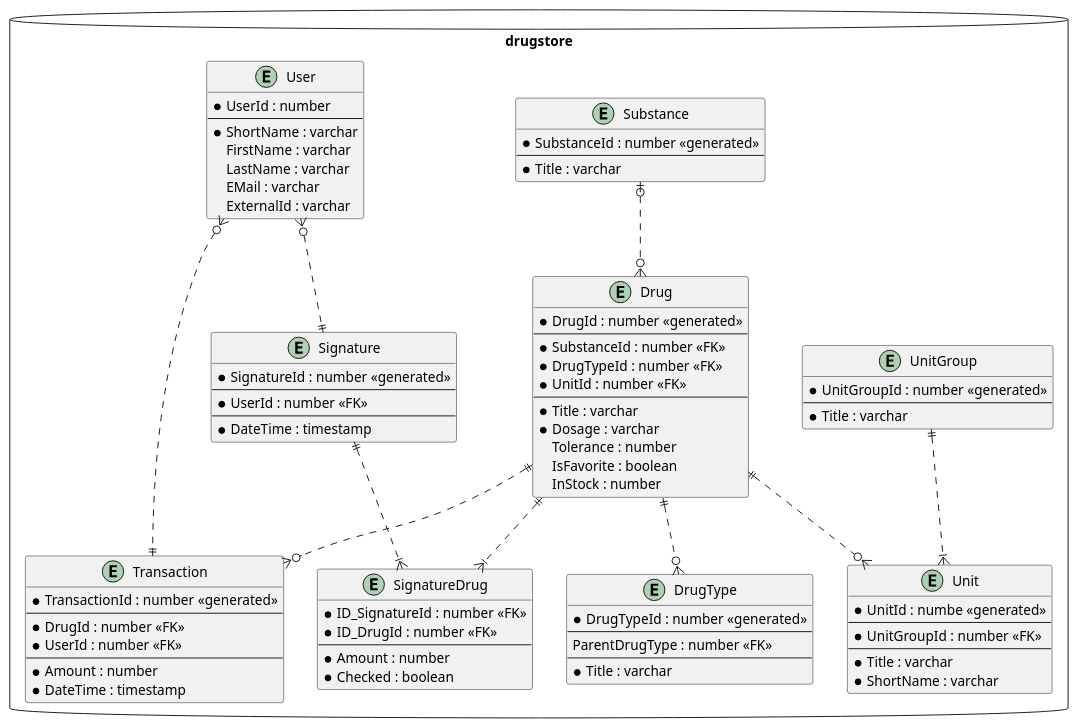
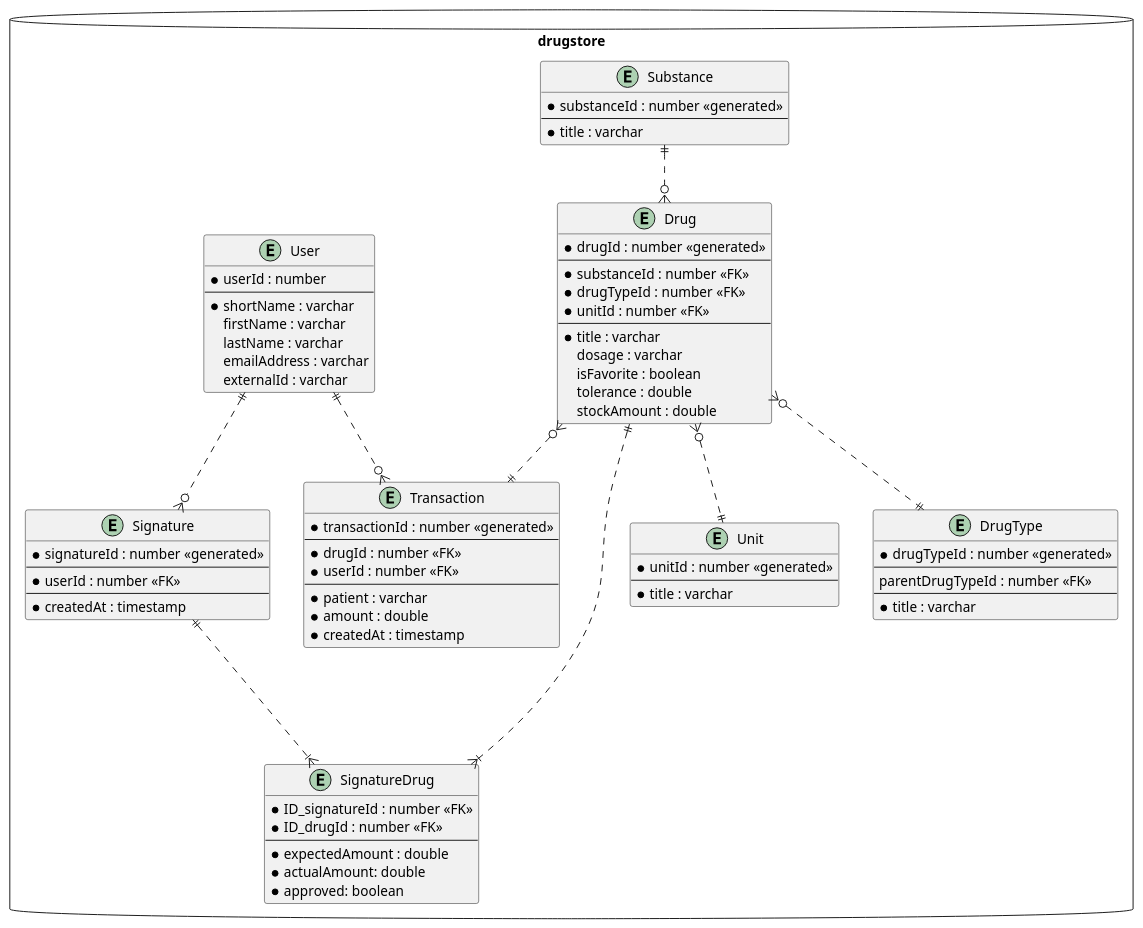
The diagram in docs/data-model/00_overview.plantuml (lucahost/drugstore), drawn with PlantUML before and after one commit. The commit also changed 11 other files, not shown here.

Commit message:
Rework Interface, UseCase and Data-Model Diagrams

```diff
--- a/docs/data-model/00_overview.plantuml
+++ b/docs/data-model/00_overview.plantuml
@@ -1,129 +1,116 @@
 @startuml data-model-overview
 
 database drugstore {
 
-  entity UnitGroup {
-    * UnitGroupId : number <<generated>>
+  entity Unit {
+    * unitId : number <<generated>>
     --
-    * Title : varchar
-  }
-
-  entity Unit {
-    * UnitId : numbe <<generated>>
-    --
-    * UnitGroupId : number <<FK>>
-    --
-    * Title : varchar
-    * ShortName : varchar
+    * title : varchar
   }
 
   entity DrugType {
-    * DrugTypeId : number <<generated>>
+    * drugTypeId : number <<generated>>
     --
-    ParentDrugType : number <<FK>>
+    parentDrugTypeId : number <<FK>>
     --
-    * Title : varchar
+    * title : varchar
   }
 
 
   entity Substance {
-    * SubstanceId : number <<generated>>
+    * substanceId : number <<generated>>
     --
-    * Title : varchar
+    * title : varchar
   }
 
   entity Drug {
-    * DrugId : number <<generated>>
+    * drugId : number <<generated>>
     --
-    * SubstanceId : number <<FK>>
-    * DrugTypeId : number <<FK>>
-    * UnitId : number <<FK>>
+    * substanceId : number <<FK>>
+    * drugTypeId : number <<FK>>
+    * unitId : number <<FK>>
     --
-    * Title : varchar
-    * Dosage : varchar
-    Tolerance : number
-    IsFavorite : boolean
-    InStock : number
+    * title : varchar
+    dosage : varchar
+    isFavorite : boolean
+    tolerance : double
+    stockAmount : double
   }
 
   entity Transaction {
-    * TransactionId : number <<generated>>
+    * transactionId : number <<generated>>
     --
-    * DrugId : number <<FK>>
-    * UserId : number <<FK>>
+    * drugId : number <<FK>>
+    * userId : number <<FK>>
     --
-    * Amount : number
-    * DateTime : timestamp
+    * patient : varchar
+    * amount : double
+    * createdAt : timestamp
   }
 
-  ' Stock-Control creates a new signature
   entity Signature {
-    * SignatureId : number <<generated>>
+    * signatureId : number <<generated>>
     --
-    * UserId : number <<FK>>
+    * userId : number <<FK>>
     --
-    * DateTime : timestamp
+    * createdAt : timestamp
   }
 
   ' Need a better name for this one
   ' Items at stock when signature is created
   entity SignatureDrug {
-    * ID_SignatureId : number <<FK>>
-    * ID_DrugId : number <<FK>>
+    * ID_signatureId : number <<FK>>
+    * ID_drugId : number <<FK>>
     --
-    * Amount : number
-    * Checked : boolean
+    * expectedAmount : double
+    * actualAmount: double
+    * approved: boolean
   }
 
   entity User {
-    * UserId : number
+    * userId : number
     --
-    * ShortName : varchar
-    FirstName : varchar
-    LastName : varchar
-    EMail : varchar
-    ExternalId : varchar
+    * shortName : varchar
+    firstName : varchar
+    lastName : varchar
+    emailAddress : varchar
+    externalId : varchar
   }
 
 }
 
-' One UnitGroup can have one or many Units
-UnitGroup ||..|{ Unit
 
-' One DrugType has one Unit
+' One Drug has one Unit
 ' One Unit has zero or many DrugTypes
-Drug ||..o{ Unit
-
+Drug }o..|| Unit
 
 ' One Drug has zero or one Substance
 ' One Substance has zero or many Drugs
-Substance |o..o{ Drug
-
+Substance ||..o{ Drug
 
 ' One Drug has one DrugType
 ' One DrugType can occur in zero or many Drugs
-Drug ||..o{ DrugType
+Drug }o..|| DrugType
 
-' One Drugs can be in zero or many transactions
+' One Drug can be in zero or many transactions
 ' One Transaction has one Drug
-Drug ||..o{ Transaction
+Drug }o..|| Transaction
 
 ' One User can have zero or many transactions
 ' One Transaction has one User
-User }o..|| Transaction
-
+User ||..o{ Transaction
 
 ' One User as zero or many Signatures
 ' One Signaure has one User
-User }o..|| Signature
+User ||..o{ Signature
 
 ' One Signature has one or many SignatureDrug
 ' One SigantureDrug has one Signature
-Signature ||..|{ SignatureDrug
+Signature ||...|{ SignatureDrug
 
 ' One Drug has zero or many SignatureDrug
 ' One SignatureDrug has one Drug
 Drug ||..|{ SignatureDrug
 
 
 @enduml
```
